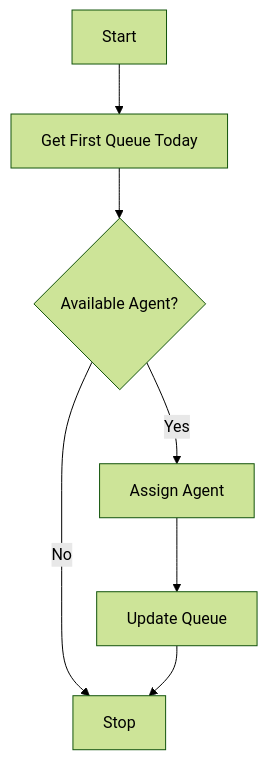
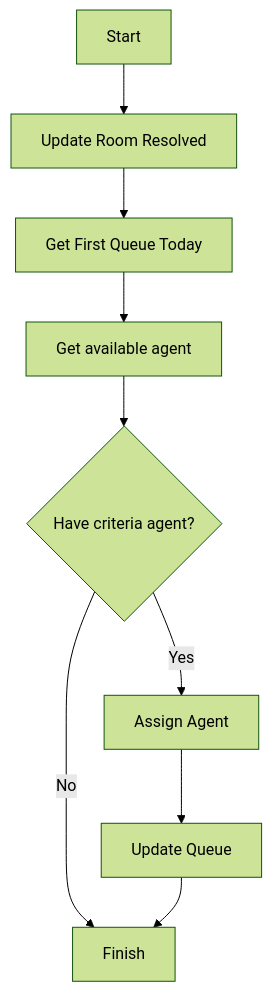
Before and after one commit to aguunng/caa-test: the fifth of 5 diagrams in docs/room.md, drawn with Mermaid (forest theme). The commit also changed other lines of this file and 1 other file, not shown here.

````diff
--- a/docs/room.md
+++ b/docs/room.md
@@ -20,9 +92,11 @@
 ```mermaid
 flowchart TD
-    A[Start] --> B[Get First Queue Today]
-    B --> C{Available Agent?}
-    C -->|No| Z[Stop]
-    C -->|Yes| D[Assign Agent]
-    D -->E[Update Queue]
-    E -->Z[Stop]
+    A[Start] --> B[Update Room Resolved]
+    B --> C[Get First Queue Today]
+    C --> D[Get available agent]
+    D --> E{Have criteria agent?}
+    E -->|No| Z[Finish]
+    E -->|Yes| F[Assign Agent]
+    F -->H[Update Queue]
+    H -->Z[Finish]
 ```
````
